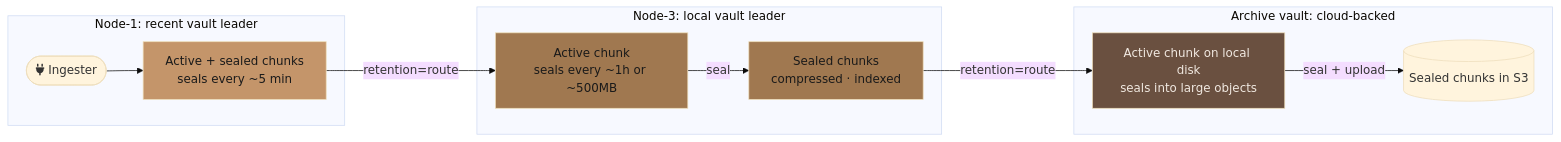
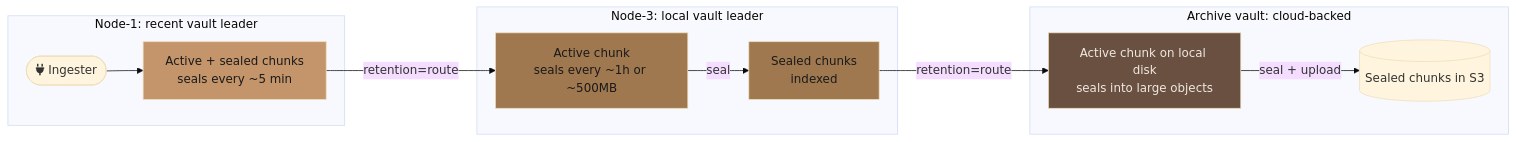
One commit to kluzzebass/gastrolog changed the fifth of 5 diagrams in docs/vision.md. Above: the diagram before and after it, drawn with Mermaid (base theme). The commit also changed other lines of this file and 34 other files, not shown here.

````diff
--- a/docs/vision.md
+++ b/docs/vision.md
@@ -284,23 +284,23 @@
 ```mermaid
 flowchart LR
     subgraph node1mem [Node-1: recent vault leader]
         I([fa:fa-plug Ingester]) --> MT[Active + sealed chunks<br/>seals every ~5 min]
     end
 
     MT -->|retention=route| LT
 
     subgraph node3local [Node-3: local vault leader]
-        LT[Active chunk<br/>seals every ~1h or ~500MB] -->|seal| LTS[Sealed chunks<br/>compressed · indexed]
+        LT[Active chunk<br/>seals every ~1h or ~500MB] -->|seal| LTS[Sealed chunks<br/>indexed]
     end
 
     LTS -->|retention=route| CT
 
     subgraph clouds3 [Archive vault: cloud-backed]
         CT[Active chunk on local disk<br/>seals into large objects] -->|seal + upload| CTS[(Sealed chunks in S3)]
     end
 
     style MT fill:#c4956a,color:#1a1a1a
     style LT fill:#a07850,color:#1a1a1a
     style LTS fill:#a07850,color:#1a1a1a
     style CT fill:#6a5040,color:#f0e8e0
 ```
````
